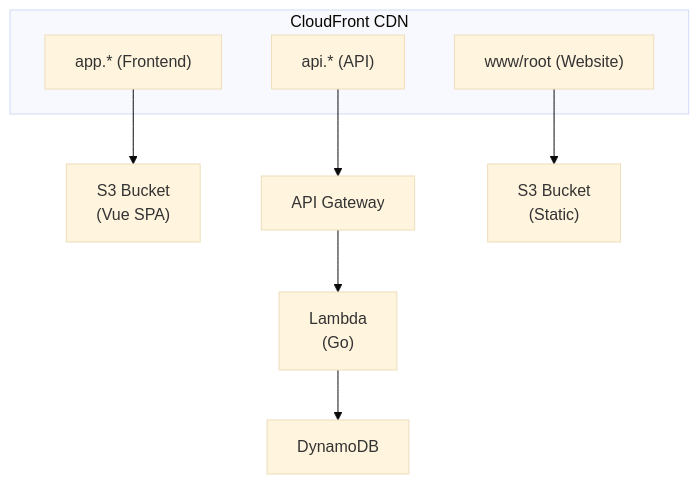
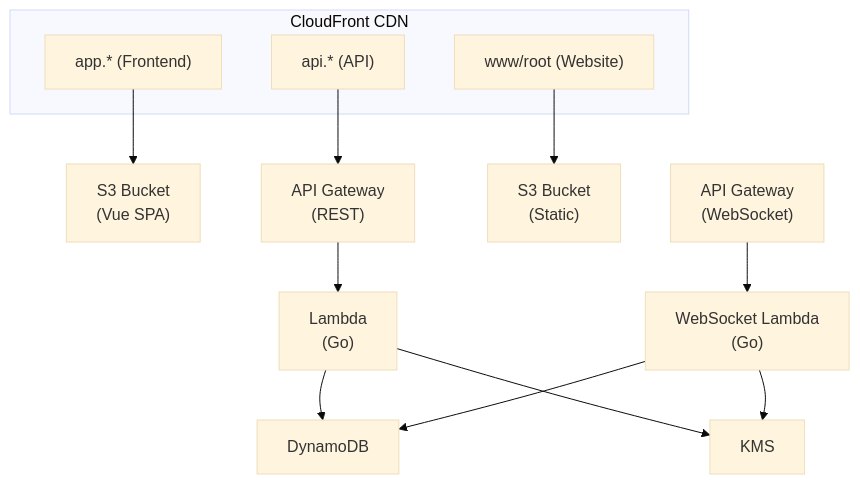
One commit to jonsabados/saturdaysspinout changed the diagram in README.md. Above: the diagram before and after it, drawn with Mermaid (base theme). The commit also changed other lines of this file and 19 other files, not shown here.

````diff
--- a/README.md
+++ b/README.md
@@ -7,15 +7,20 @@
 ```mermaid
 flowchart TB
     subgraph CloudFront["CloudFront CDN"]
         CF1["app.* (Frontend)"]
         CF2["api.* (API)"]
         CF3["www/root (Website)"]
     end
 
     CF1 --> S3_SPA["S3 Bucket<br/>(Vue SPA)"]
-    CF2 --> APIGW["API Gateway"]
+    CF2 --> APIGW["API Gateway<br/>(REST)"]
     CF3 --> S3_Static["S3 Bucket<br/>(Static)"]
 
     APIGW --> Lambda["Lambda<br/>(Go)"]
     Lambda --> DynamoDB["DynamoDB"]
+    Lambda --> KMS["KMS"]
+
+    WS_APIGW["API Gateway<br/>(WebSocket)"] --> WS_Lambda["WebSocket Lambda<br/>(Go)"]
+    WS_Lambda --> DynamoDB
+    WS_Lambda --> KMS["KMS"]
 ```
````
